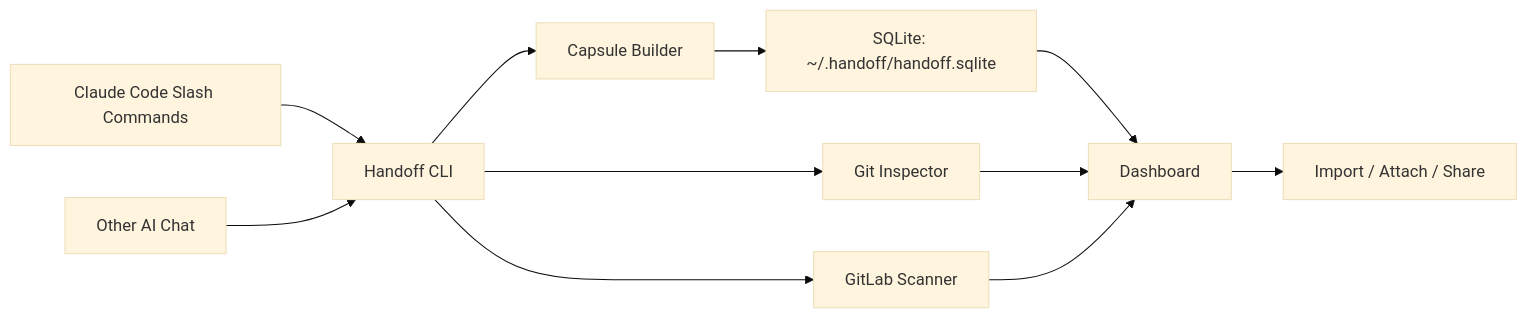
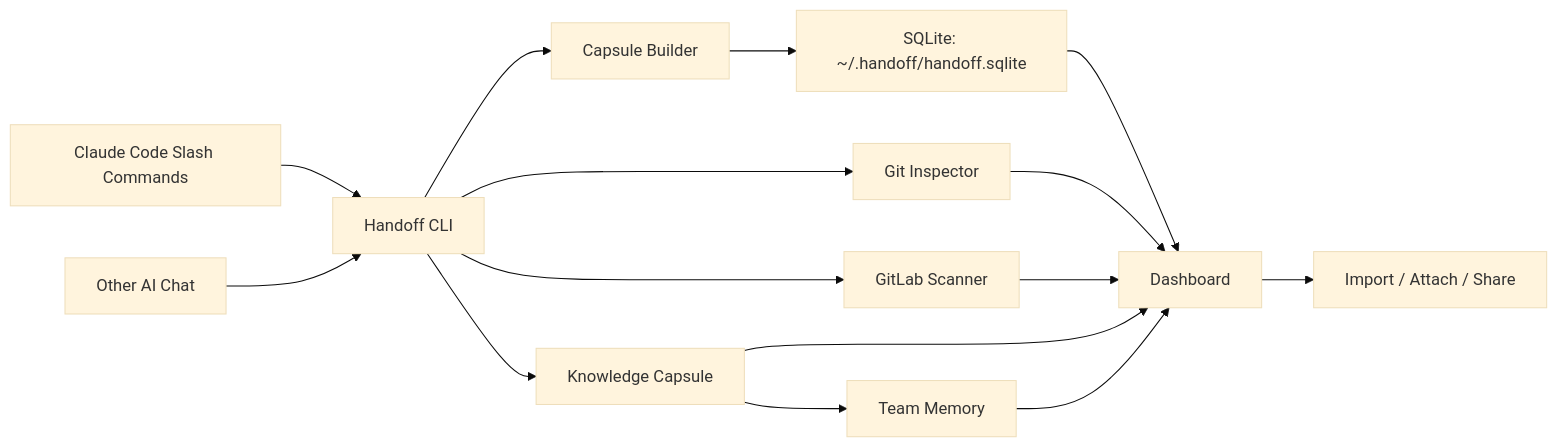
Before and after one commit to xingdong23/handoff: the diagram in README.md, drawn with Mermaid (base theme). The commit also changed other lines of this file and 16 other files, not shown here.

````diff
--- a/README.md
+++ b/README.md
@@ -322,13 +348,17 @@
 ```mermaid
 flowchart LR
   A["Claude Code Slash Commands"] --> B["Handoff CLI"]
   C["Other AI Chat"] --> B
   B --> D["Capsule Builder"]
   D --> E["SQLite: ~/.handoff/handoff.sqlite"]
   B --> F["Git Inspector"]
   B --> G["GitLab Scanner"]
+  B --> J["Knowledge Capsule"]
+  J --> K["Team Memory"]
   E --> H["Dashboard"]
   F --> H
   G --> H
+  J --> H
+  K --> H
   H --> I["Import / Attach / Share"]
 ```
````
